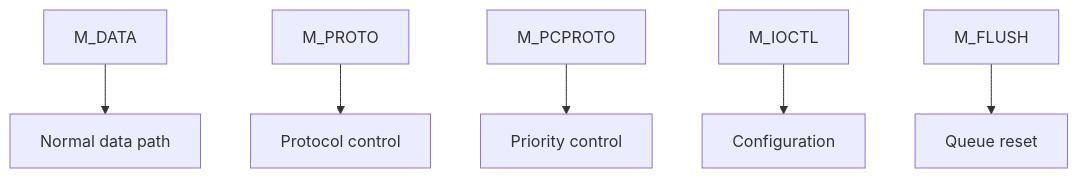
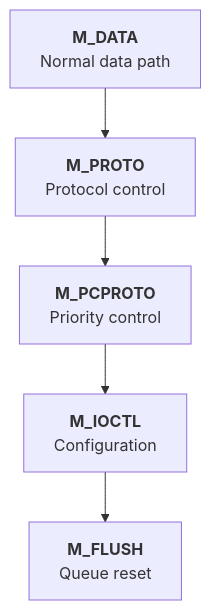
The diagram in diagrams/4.1-streams-message.mmd (macsplit/unix_doc), drawn with Mermaid before and after one commit. The commit also changed 23 other files, not shown here.

First line of the commit message:
Redesign 12 excessively wide diagrams to vertical format

```diff
--- a/diagrams/4.1-streams-message.mmd
+++ b/diagrams/4.1-streams-message.mmd
@@ -1,6 +1,8 @@
 graph TD
-    A[M_DATA] --> B[Normal data path]
-    C[M_PROTO] --> D[Protocol control]
-    E[M_PCPROTO] --> F[Priority control]
-    G[M_IOCTL] --> H[Configuration]
-    I[M_FLUSH] --> J[Queue reset]
+    A["<b>M_DATA</b><br/>Normal data path"]
+    B["<b>M_PROTO</b><br/>Protocol control"]
+    C["<b>M_PCPROTO</b><br/>Priority control"]
+    D["<b>M_IOCTL</b><br/>Configuration"]
+    E["<b>M_FLUSH</b><br/>Queue reset"]
+
+    A --> B --> C --> D --> E
```
